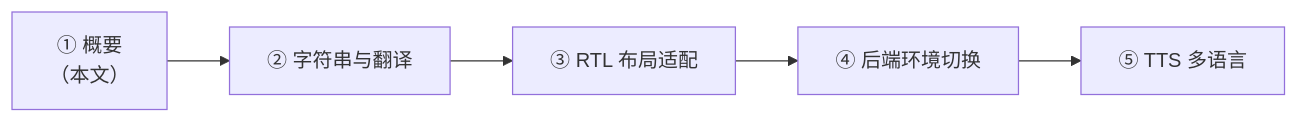
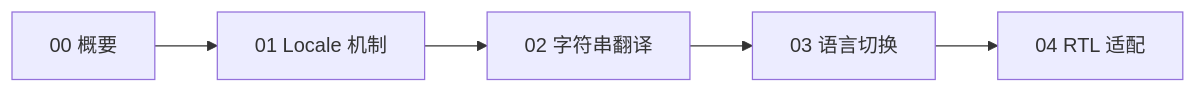
One commit to Jalever/android-knowledge-base changed the fifth of 5 diagrams in 01-国际化internationalization/00-概要overview.md. Above: the diagram before and after it, drawn with Mermaid. The commit also changed other lines of this file and 22 other files, not shown here.

````diff
--- a/01-国际化internationalization/00-概要overview.md
+++ b/01-国际化internationalization/00-概要overview.md
@@ -90,7 +216,7 @@
 ```mermaid
-flowchart LR
-    A["① 概要<br/>（本文）"] --> B["② 字符串与翻译"]
-    B --> C["③ RTL 布局适配"]
-    C --> D["④ 后端环境切换"]
-    D --> E["⑤ TTS 多语言"]
+graph LR
+    A["00 概要"] --> B["01 Locale 机制"]
+    B --> C["02 字符串翻译"]
+    C --> D["03 语言切换"]
+    D --> E["04 RTL 适配"]
 ```
````
